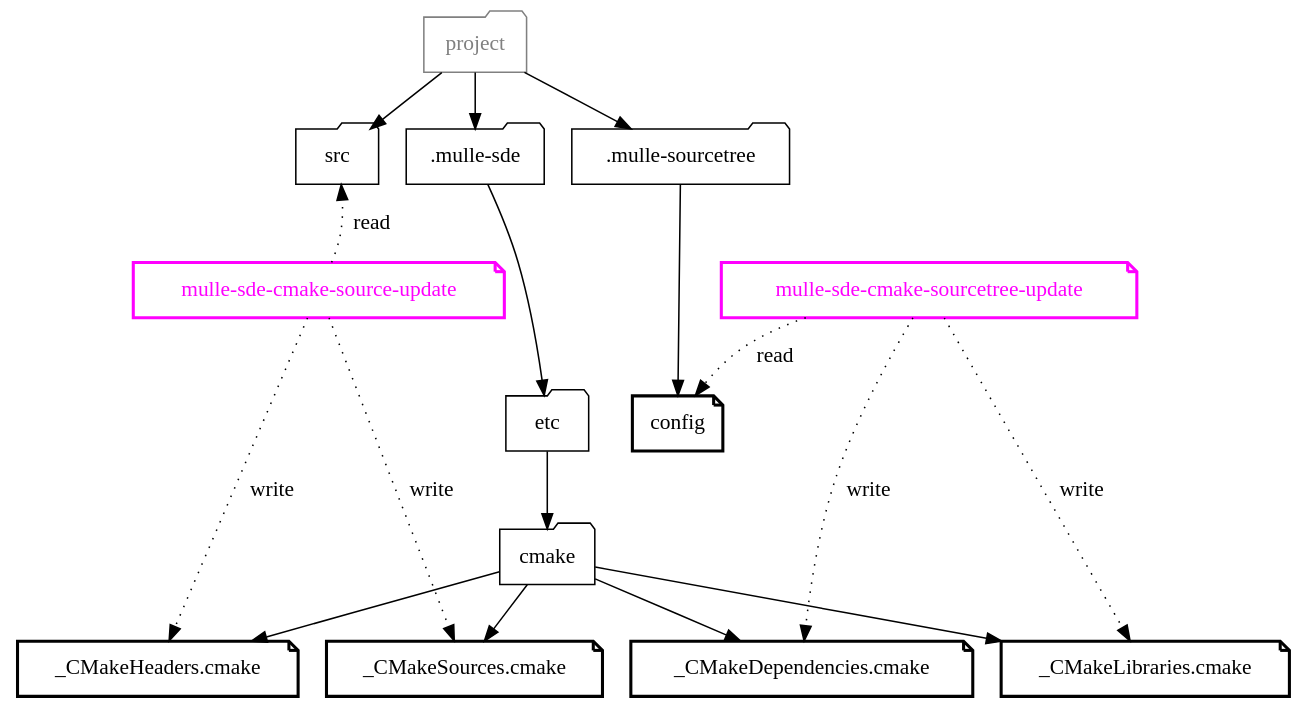
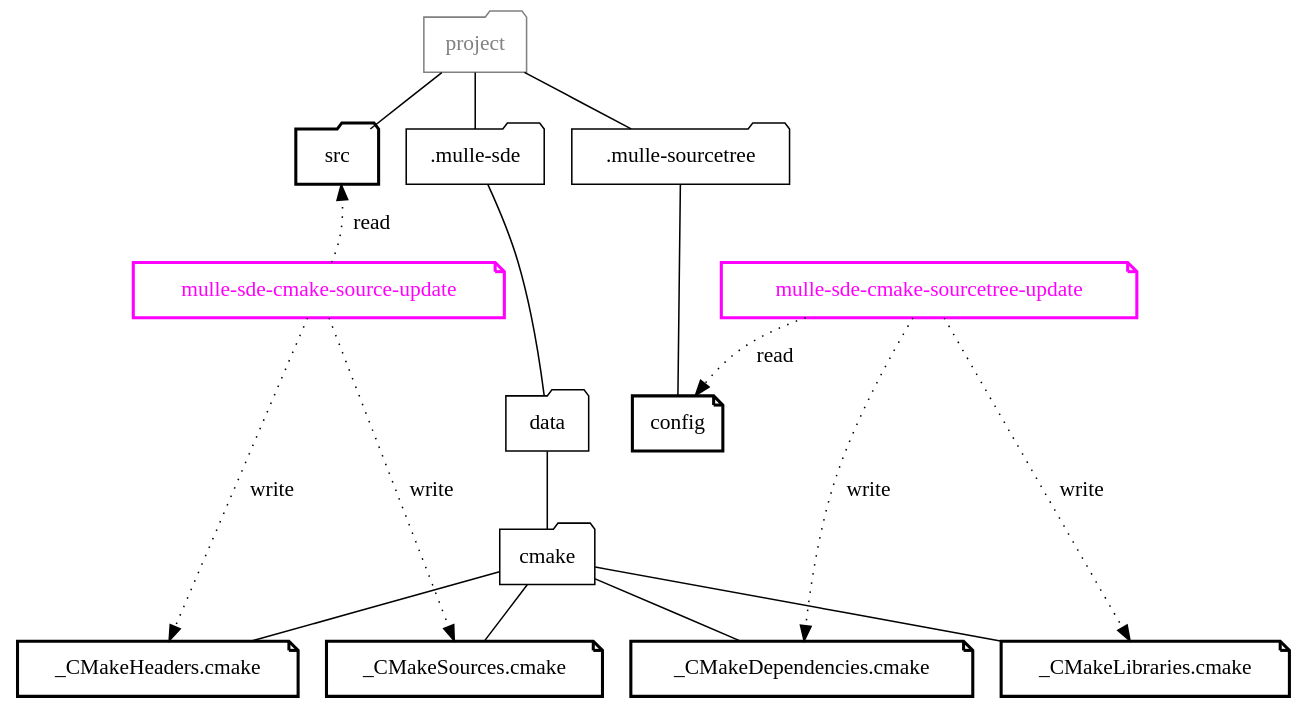
Before and after one commit to mulle-sde/mulle-sde-developer: the diagram in dox/mulle-sde-update-fs.dot, drawn with Graphviz. The commit also changed 16 other files, not shown here.

```diff
--- a/dox/mulle-sde-update-fs.dot
+++ b/dox/mulle-sde-update-fs.dot
@@ -1,63 +1,63 @@
 digraph G {
     graph [rankdir = TD];
 
     node[ shape="folder"] ;
 
     "project"          [ color="gray", fontcolor="gray" ]
 
-    "src"
-    "etc"
+    "src"  [ penwidth="2"]
+    "data"
     "cmake"
     ".mulle-sde"
     ".mulle-sourcetree"
 
     node[ shape="note", penwidth="2"]
 
     "config"
     "_CMakeHeaders.cmake"
     "_CMakeSources.cmake"
     "_CMakeDependencies.cmake"
     "_CMakeLibraries.cmake"
 
     { rank = same;  "project" };
     { rank = same;  "src", ".mulle-sde", ".mulle-sourcetree" }
-    { rank = same;  "etc", "config" }
+    { rank = same;  "data", "config" }
     { rank = same;  "cmake" }
     { rank = same;  "_CMakeHeaders.cmake","_CMakeSources.cmake",
                     "_CMakeDependencies.cmake","_CMakeLibraries.cmake"  }
 
 
-    edge [ arrowhead="", color="black", style="" ]
+    edge [ arrowhead="none", color="black", style="" ]
 
     ".mulle-sourcetree" -> "config"
     "project" -> "src"
     "project" -> ".mulle-sourcetree"
     "project" -> ".mulle-sde"
-    ".mulle-sde" -> "etc"
-    "etc" -> "cmake"
+    ".mulle-sde" -> "data"
+    "data"    -> "cmake"
 
     "cmake" -> "_CMakeHeaders.cmake"
     "cmake" -> "_CMakeSources.cmake"
     "cmake" -> "_CMakeDependencies.cmake"
     "cmake" -> "_CMakeLibraries.cmake"
 
     edge [ arrowhead="", style="dotted", label=" write"]
 
     "mulle-sde-cmake-source-update"     -> "_CMakeHeaders.cmake"
     "mulle-sde-cmake-source-update"     -> "_CMakeSources.cmake"
     "mulle-sde-cmake-sourcetree-update" -> "_CMakeDependencies.cmake"
     "mulle-sde-cmake-sourcetree-update" -> "_CMakeLibraries.cmake"
 
     "mulle-sde-cmake-source-update"     [ color="magenta", fontcolor="magenta" ]
     "mulle-sde-cmake-sourcetree-update" [ color="magenta", fontcolor="magenta" ]
 
-    "src" -> "mulle-sde-cmake-source-update"     [ style="invis"]
+    "src"    -> "mulle-sde-cmake-source-update"     [ style="invis"]
     "config" -> "mulle-sde-cmake-source-update"  [ style="invis"]
 
     edge [ arrowhead="", style="dotted", label=" read"]
 
     "mulle-sde-cmake-source-update"     -> "src"
     "mulle-sde-cmake-sourcetree-update" -> "config"
 
     { rank = same;  "mulle-sde-cmake-source-update", "mulle-sde-cmake-sourcetree-update"  };
 }
```
